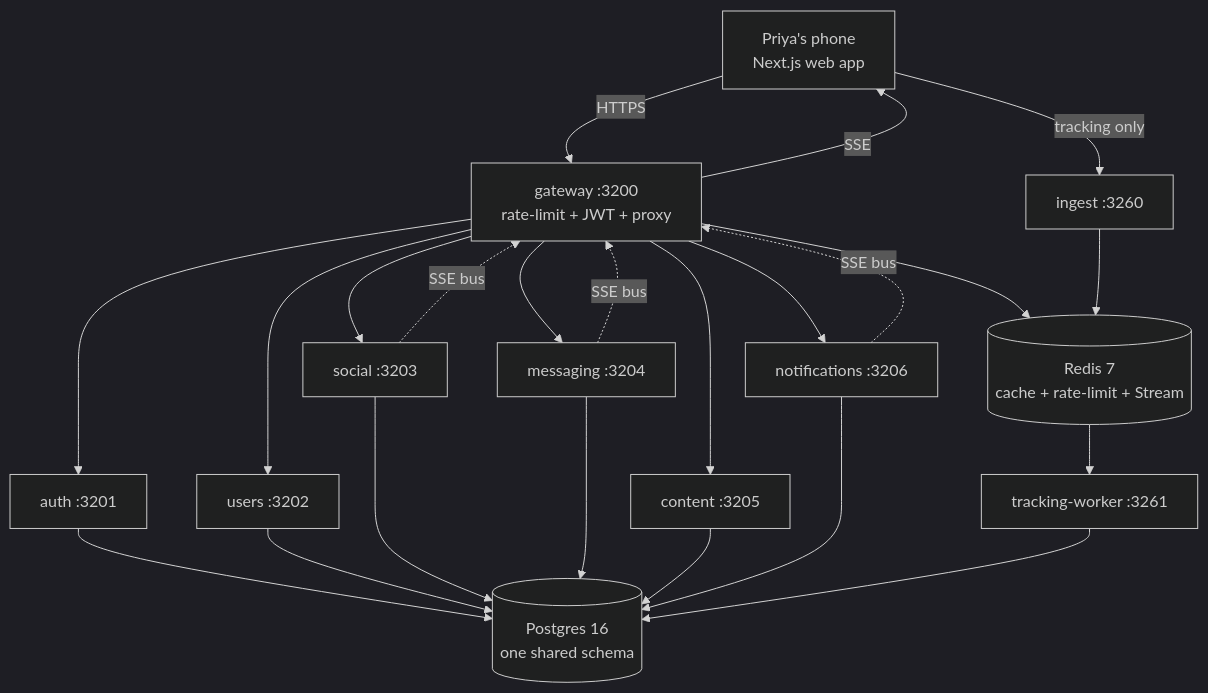
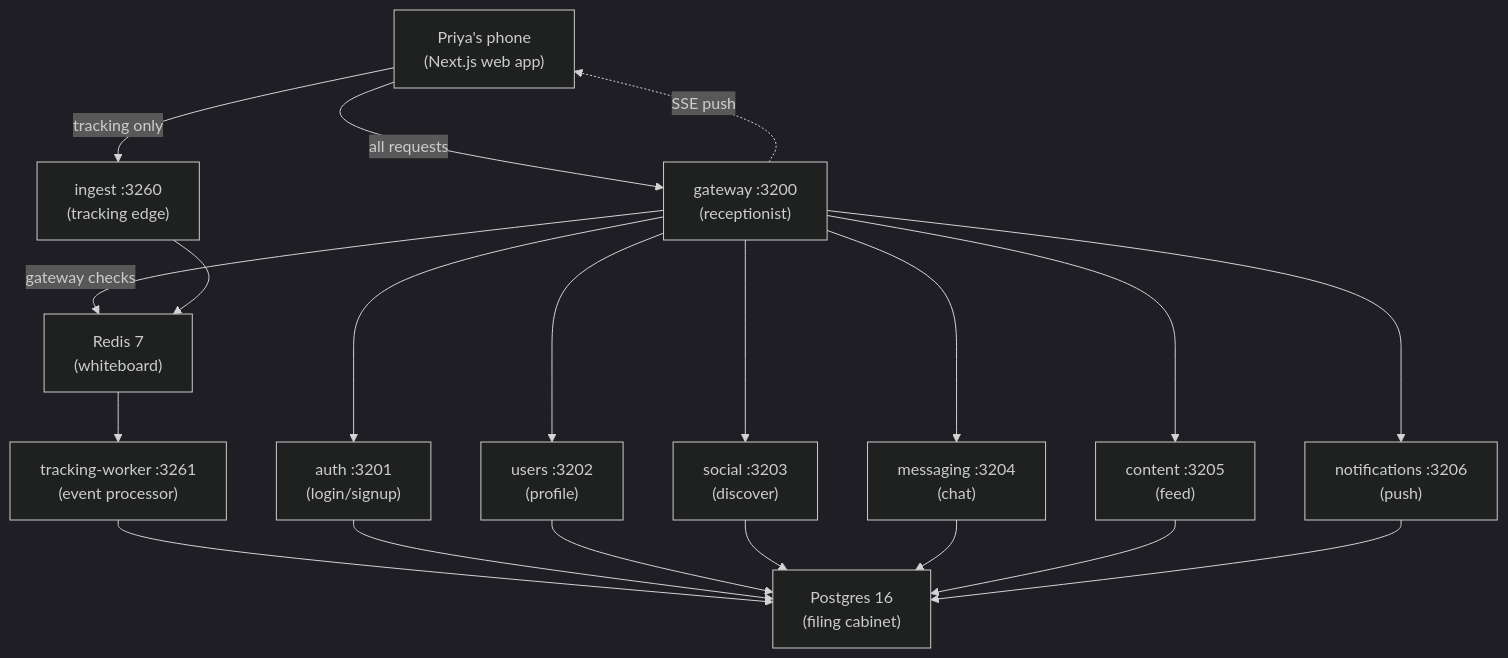
The first of 4 diagrams in docs/ARCHITECTURE.md (shashisingh007/Miamo), drawn with Mermaid (dark theme) before and after one commit. The commit also changed other lines of this file and 20 other files, not shown here.

````diff
--- a/docs/ARCHITECTURE.md
+++ b/docs/ARCHITECTURE.md
@@ -15,41 +21,38 @@
 ```mermaid
 flowchart TB
-    Phone[Priya's phone<br/>Next.js web app]
-    GW[gateway :3200<br/>rate-limit + JWT + proxy]
-    Auth[auth :3201]
-    Users[users :3202]
-    Social[social :3203]
-    Msg[messaging :3204]
-    Content[content :3205]
-    Notif[notifications :3206]
-    Ingest[ingest :3260]
-    TW[tracking-worker :3261]
-    DB[(Postgres 16<br/>one shared schema)]
-    R[(Redis 7<br/>cache + rate-limit + Stream)]
-
-    Phone -- HTTPS --> GW
+    Phone["Priya's phone<br/>(Next.js web app)"]
+    GW["gateway :3200<br/>(receptionist)"]
+    Auth["auth :3201<br/>(login/signup)"]
+    Users["users :3202<br/>(profile)"]
+    Social["social :3203<br/>(discover)"]
+    Msg["messaging :3204<br/>(chat)"]
+    Content["content :3205<br/>(feed)"]
+    Notif["notifications :3206<br/>(push)"]
+    Ingest["ingest :3260<br/>(tracking edge)"]
+    TW["tracking-worker :3261<br/>(event processor)"]
+    
+    DB["Postgres 16<br/>(filing cabinet)"]
+    R["Redis 7<br/>(whiteboard)"]
+    
+    Phone -->|"all requests"| GW
+    GW -->|"gateway checks"| R
     GW --> Auth
     GW --> Users
     GW --> Social
     GW --> Msg
     GW --> Content
     GW --> Notif
-    Phone -- tracking only --> Ingest
-
+    
+    Phone -->|"tracking only"| Ingest
+    Ingest --> R
+    R --> TW
+    TW --> DB
+    
     Auth --> DB
     Users --> DB
     Social --> DB
     Msg --> DB
     Content --> DB
     Notif --> DB
-
-    GW --> R
-    Ingest --> R
-    R --> TW
-    TW --> DB
-
-    Social -. SSE bus .-> GW
-    Msg   -. SSE bus .-> GW
-    Notif -. SSE bus .-> GW
-    GW -- SSE --> Phone
+    GW -.->|"SSE push"| Phone
 ```
````
